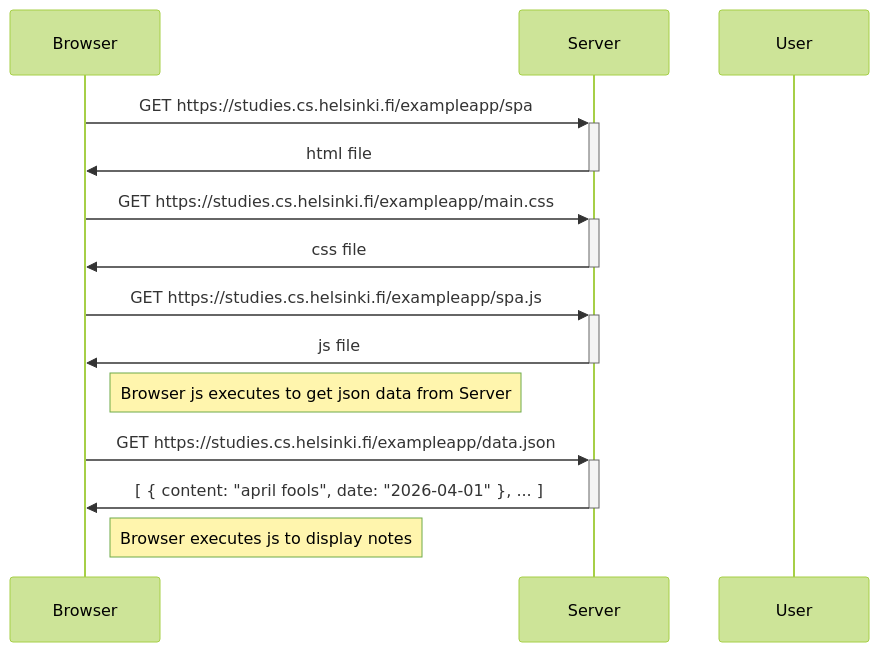
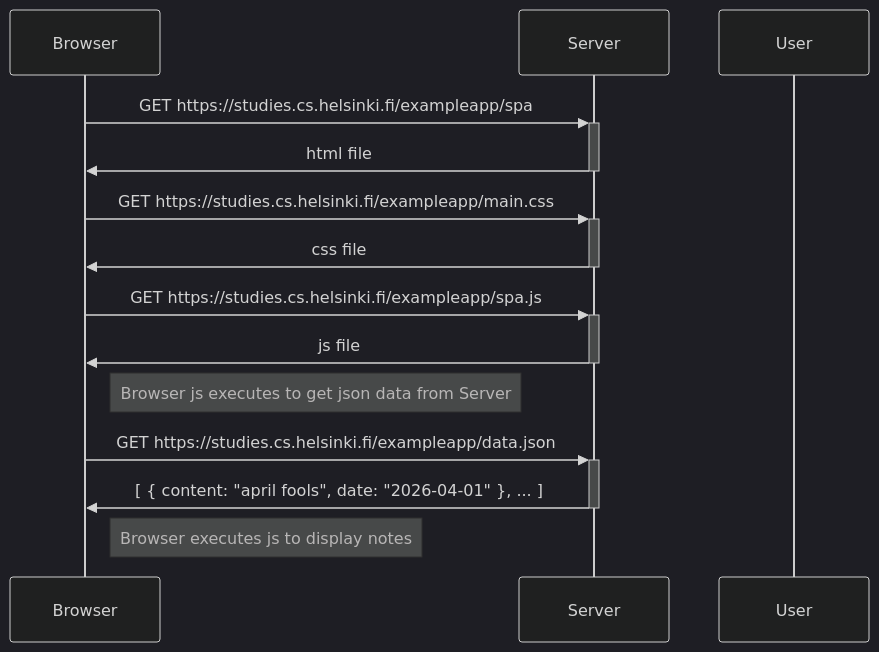
Before and after one commit to arinarjani/fullstackopen-2026: the diagram in part0/0.5.mmd, drawn with Mermaid.

Commit message:
added a theme to 0.5

```diff
--- a/part0/0.5.mmd
+++ b/part0/0.5.mmd
@@ -1,27 +1,27 @@
 ---
 config:
-  theme: forest
+  theme: dark
 ---
 
 %% Create a diagram depicting the situation where the user 
 %% goes to the single-page app version of the notes app at 
 %% https://studies.cs.helsinki.fi/exampleapp/spa.
 
 sequenceDiagram
     participant B as Browser
     participant S as Server
     participant U as User
 
     B->>+S: GET https://studies.cs.helsinki.fi/exampleapp/spa
     S->>-B: html file
 
     B->>+S: GET https://studies.cs.helsinki.fi/exampleapp/main.css
     S->>-B: css file
 
     B->>+S: GET https://studies.cs.helsinki.fi/exampleapp/spa.js
     S->>-B: js file
     note right of B: Browser js executes to get json data from Server
 
    B->>+S: GET https://studies.cs.helsinki.fi/exampleapp/data.json
    S->>-B: [ { content: "april fools", date: "2026-04-01" }, ... ]
    note right of B: Browser executes js to display notes
```
